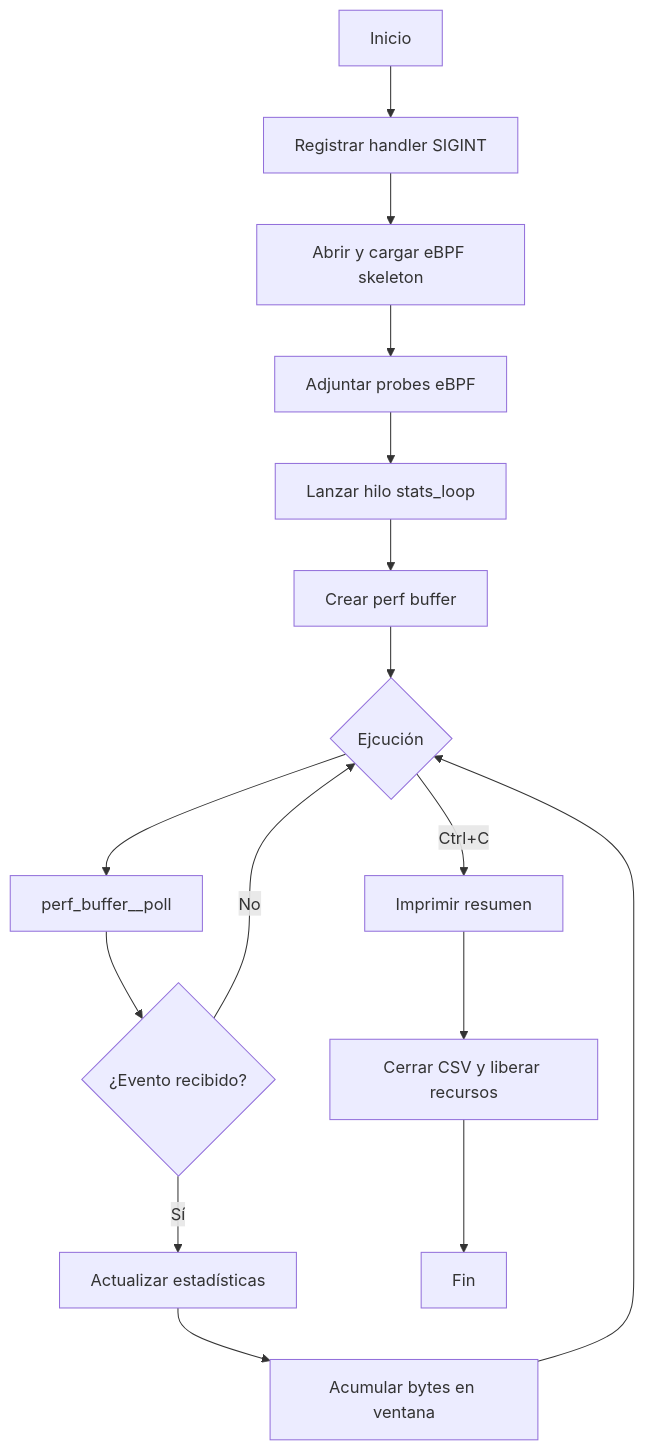
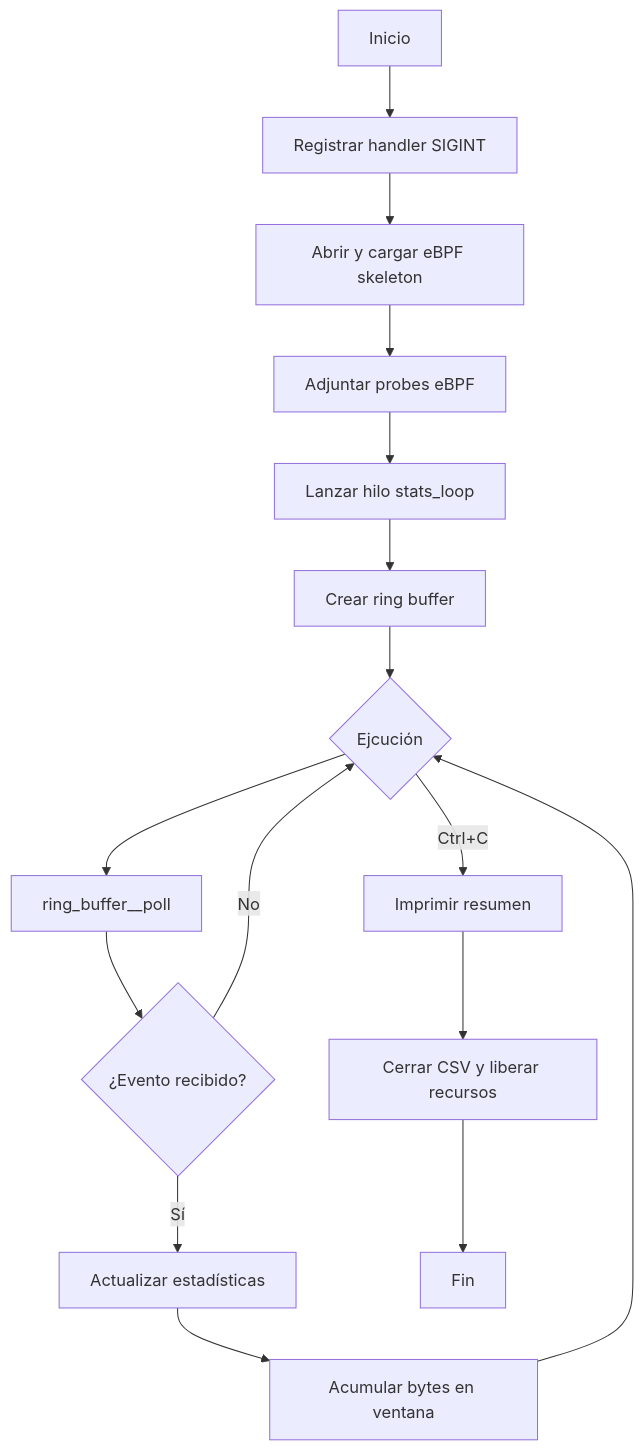
Before and after one commit to raxzers/diagrmas_mermaid: the diagram in dig_flujBW.md, drawn with Mermaid.

Commit message:
Change 'perf buffer' to 'ring buffer' in diagram

````diff
--- a/dig_flujBW.md
+++ b/dig_flujBW.md
@@ -1,20 +1,20 @@
 ```mermaid
 flowchart TD
     A[Inicio] --> B[Registrar handler SIGINT]
     B --> C[Abrir y cargar eBPF skeleton]
     C --> D[Adjuntar probes eBPF]
     D -->  G[Lanzar hilo stats_loop]
-    G --> H[Crear perf buffer]
+    G --> H[Crear ring buffer]
     H -->  J{Ejcución}
-    J --> K[perf_buffer__poll]
+    J --> K[ring_buffer__poll]
     K --> L{¿Evento recibido?}
     L -- Sí --> M[Actualizar estadísticas]
     L -- No --> J
     M --> P[Acumular bytes en ventana]
    
 
     P --> J
     J -- Ctrl+C --> Q[Imprimir resumen]
     Q --> R[Cerrar CSV y liberar recursos]
     R --> S[Fin]
 ```
````
